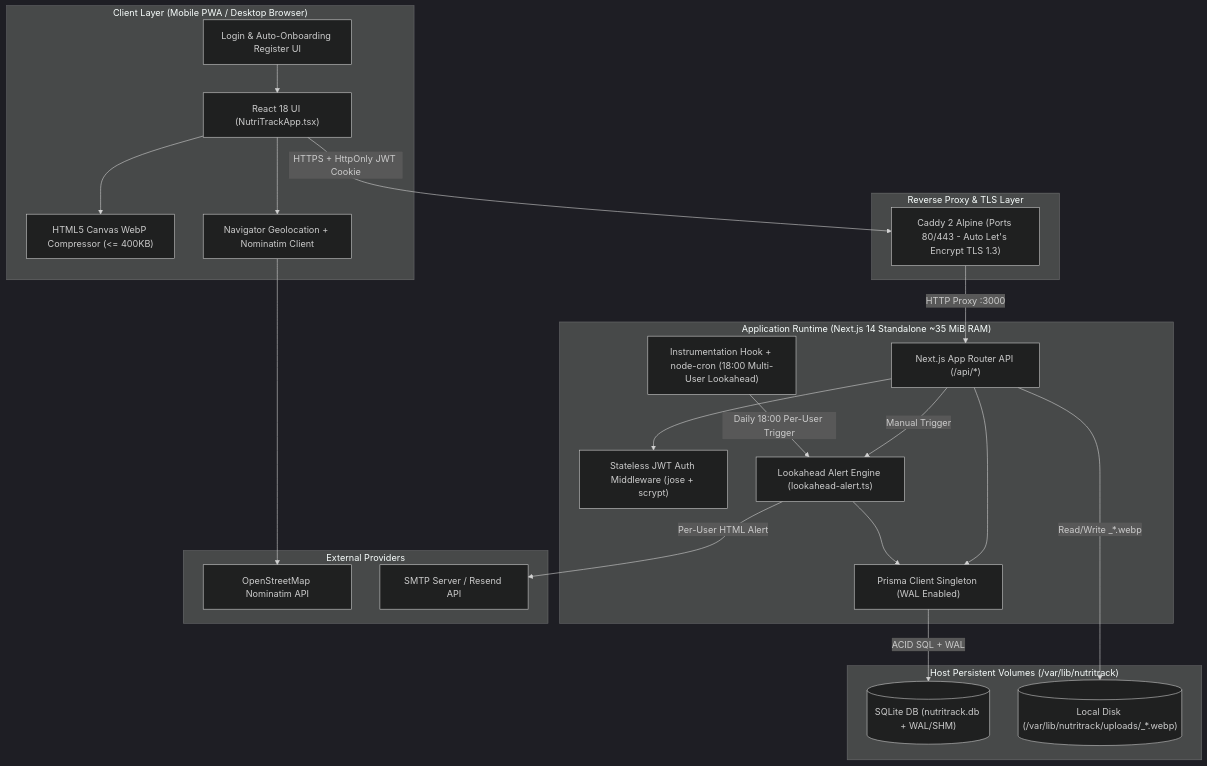
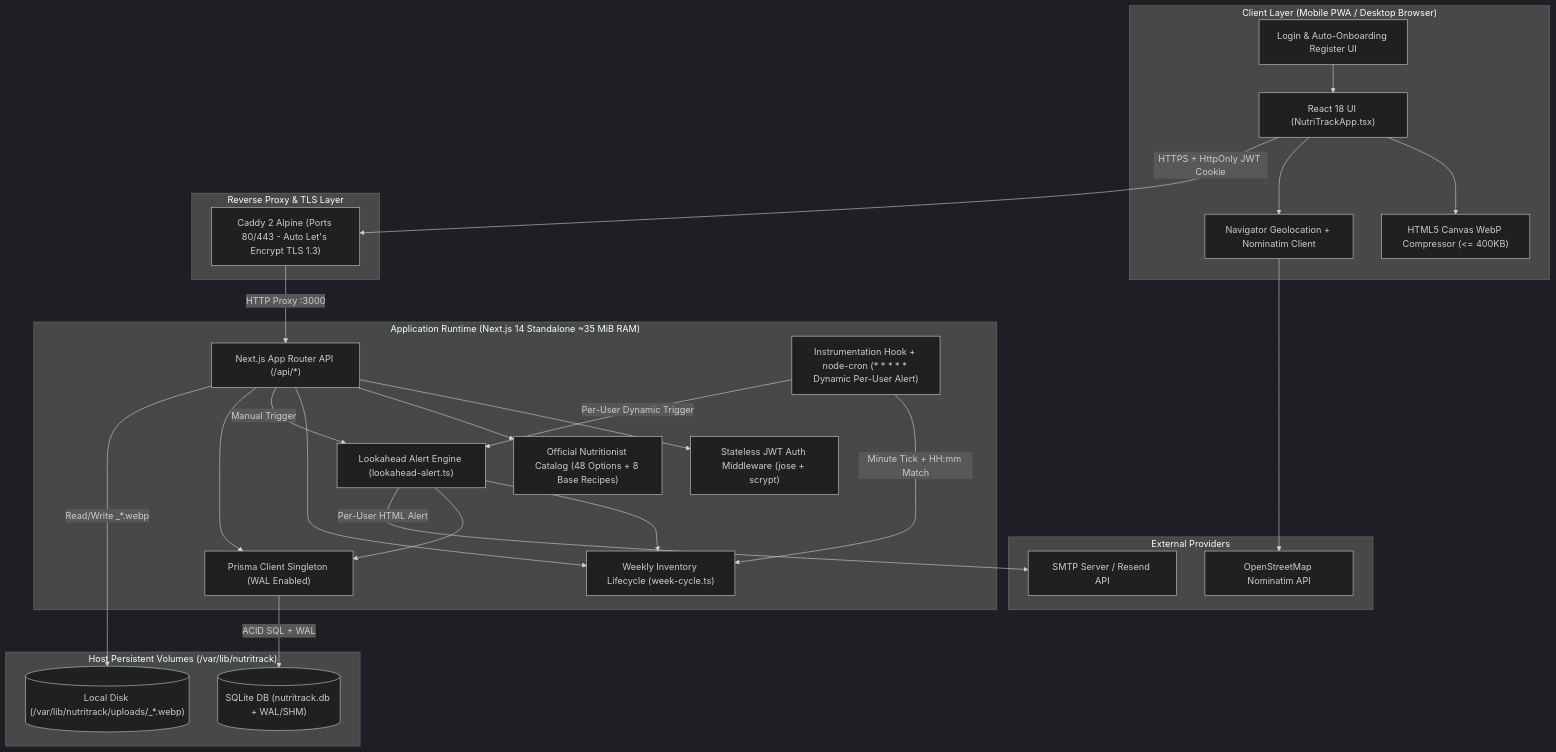
The first of 3 diagrams in docs/SDD.md (Celta031/NutriTrack-OS), drawn with Mermaid (dark theme) before and after one commit. The commit also changed other lines of this file and 16 other files, not shown here.

Commit message:
feat(core): implement SDD-003 full nutritionist catalog, weekly expiry and dynamic alerts

````diff
--- a/docs/SDD.md
+++ b/docs/SDD.md
@@ -28,46 +28,52 @@
 ```mermaid
 graph TD
     subgraph Client ["Client Layer (Mobile PWA / Desktop Browser)"]
         AuthUI["Login & Auto-Onboarding Register UI"]
         UI["React 18 UI (NutriTrackApp.tsx)"]
         Canvas["HTML5 Canvas WebP Compressor (<= 400KB)"]
         Geo["Navigator Geolocation + Nominatim Client"]
     end
 
     subgraph Edge ["Reverse Proxy & TLS Layer"]
         Caddy["Caddy 2 Alpine (Ports 80/443 - Auto Let's Encrypt TLS 1.3)"]
     end
 
     subgraph AppServer ["Application Runtime (Next.js 14 Standalone ~35 MiB RAM)"]
         Auth["Stateless JWT Auth Middleware (jose + scrypt)"]
         API["Next.js App Router API (/api/*)"]
-        Cron["Instrumentation Hook + node-cron (18:00 Multi-User Lookahead)"]
+        Catalog["Official Nutritionist Catalog (48 Options + 8 Base Recipes)"]
+        WeekCycle["Weekly Inventory Lifecycle (week-cycle.ts)"]
+        Cron["Instrumentation Hook + node-cron (* * * * * Dynamic Per-User Alert)"]
         AlertEngine["Lookahead Alert Engine (lookahead-alert.ts)"]
         Prisma["Prisma Client Singleton (WAL Enabled)"]
     end
 
     subgraph Storage ["Host Persistent Volumes (/var/lib/nutritrack)"]
         SQLite[("SQLite DB (nutritrack.db + WAL/SHM)")]
         Uploads[("Local Disk (/var/lib/nutritrack/uploads/<userId>_*.webp)")]
     end
 
     subgraph External ["External Providers"]
         Nominatim["OpenStreetMap Nominatim API"]
         Email["SMTP Server / Resend API"]
     end
 
     AuthUI --> UI
     UI --> Canvas
     UI --> Geo
     Geo --> Nominatim
     UI -->|HTTPS + HttpOnly JWT Cookie| Caddy
     Caddy -->|HTTP Proxy :3000| API
     API --> Auth
-    Cron -->|Daily 18:00 Per-User Trigger| AlertEngine
+    API --> Catalog
+    API --> WeekCycle
+    Cron -->|Minute Tick + HH:mm Match| WeekCycle
+    Cron -->|Per-User Dynamic Trigger| AlertEngine
     API -->|Manual Trigger| AlertEngine
+    AlertEngine --> WeekCycle
     AlertEngine --> Prisma
     AlertEngine -->|Per-User HTML Alert| Email
     API --> Prisma
     API -->|Read/Write <userId>_*.webp| Uploads
     Prisma -->|ACID SQL + WAL| SQLite
 ```
````
